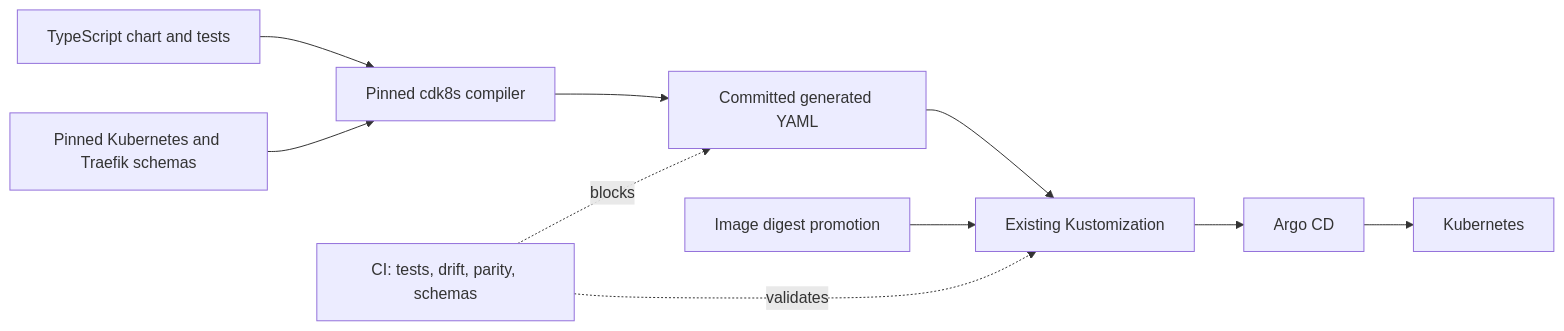
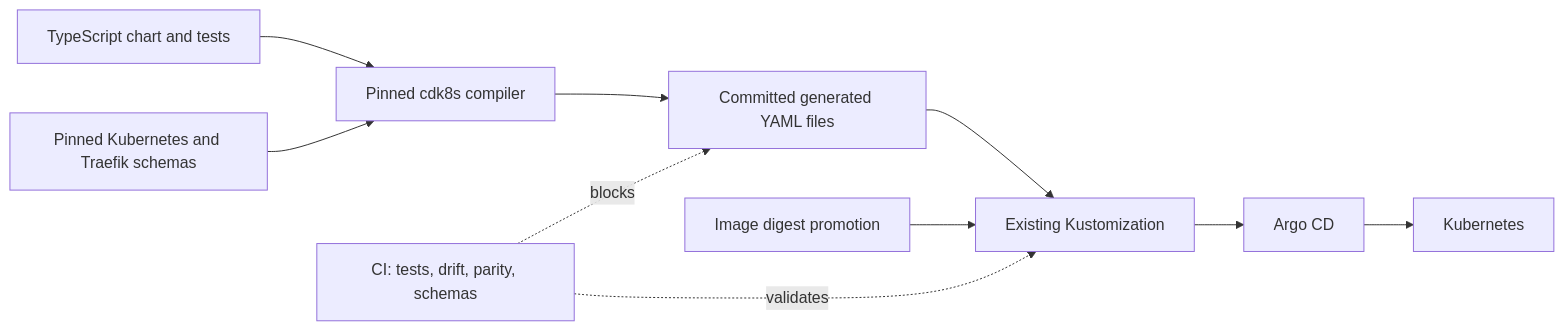
One commit to proompteng/lab changed the diagram in docs/cdk8s-manifest-authoring-design.md. Above: the diagram before and after it, drawn with Mermaid. The commit also changed other lines of this file, not shown here.

Commit message:
docs(k8s): separate generated resource manifests

````diff
--- a/docs/cdk8s-manifest-authoring-design.md
+++ b/docs/cdk8s-manifest-authoring-design.md
@@ -72,12 +72,12 @@
 ```mermaid
 flowchart LR
   A["TypeScript chart and tests"] --> B["Pinned cdk8s compiler"]
   C["Pinned Kubernetes and Traefik schemas"] --> B
-  B --> D["Committed generated YAML"]
+  B --> D["Committed generated YAML files"]
   D --> E["Existing Kustomization"]
   F["Image digest promotion"] --> E
   E --> G["Argo CD"]
   G --> H["Kubernetes"]
   I["CI: tests, drift, parity, schemas"] -. blocks .-> D
   I -. validates .-> E
 ```
````
